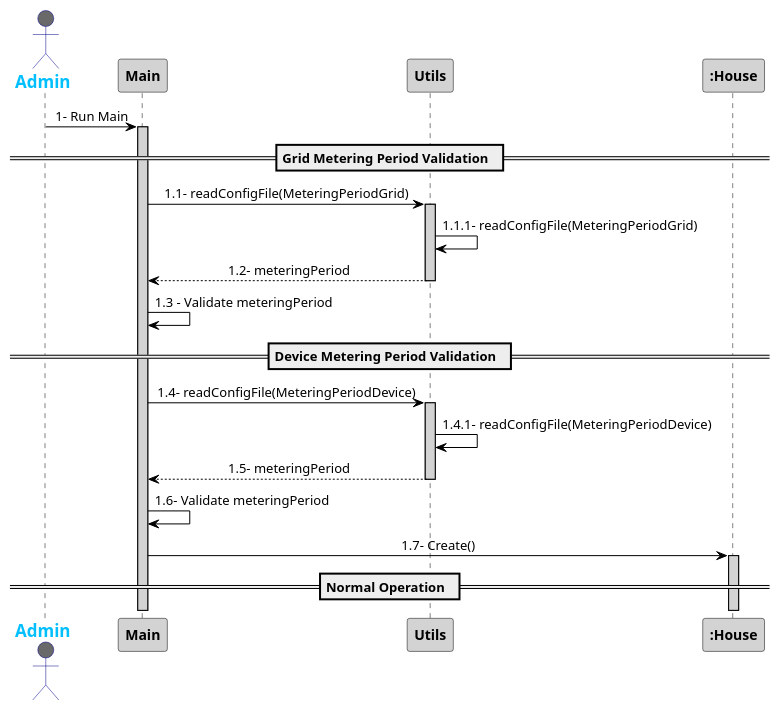
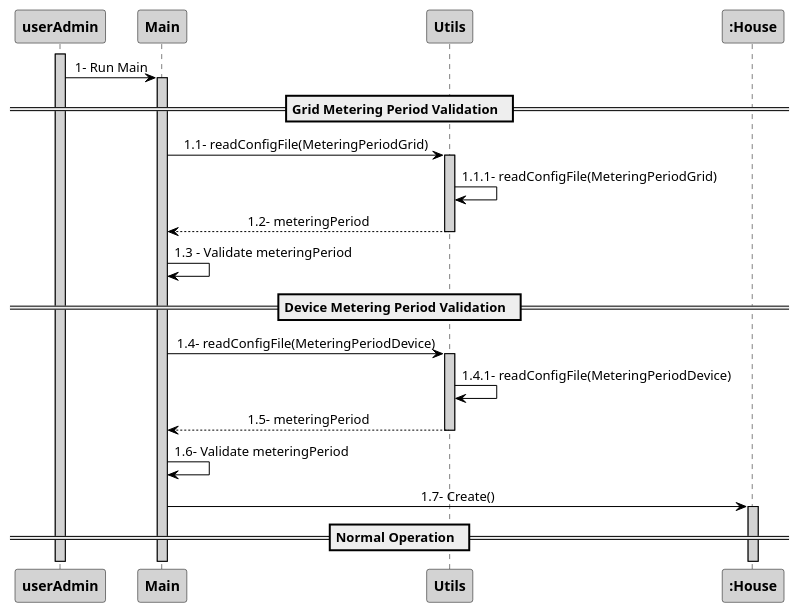
One commit to 1181687/hateoasToy changed the diagram in src/Docs/Sprint3/DefineMeteringPeriodGridsDevices.puml. Above: the diagram before and after it, drawn with PlantUML. The commit also changed 2 other files, not shown here.

Commit message:
Changes in sequence diagram

```diff
--- a/src/Docs/Sprint3/DefineMeteringPeriodGridsDevices.puml
+++ b/src/Docs/Sprint3/DefineMeteringPeriodGridsDevices.puml
@@ -1,44 +1,44 @@
 @startuml
 skinparam sequenceMessageAlign center
 skinparam sequence {
 	ArrowColor Black
 	ActorBorderColor DarkBlue
 	LifeLineBorderColor black
 	LifeLineBackgroundColor LightGrey
 
 	ParticipantBorderColor Black
 	ParticipantBackgroundColor LightGrey
 	ParticipantFontStyle Bold
 
 	ActorBackgroundColor DimGrey
 	ActorFontColor DeepSkyBlue
 	ActorFontStyle Bold
 	ActorFontSize 17
 	ActorFontName Aapex
 }
-
-actor Admin
-Admin -> Main : 1- Run Main
+activate userAdmin
+userAdmin -> Main : 1- Run Main
 activate Main
 == Grid Metering Period Validation  ==
 Main -> Utils : 1.1- readConfigFile(MeteringPeriodGrid)
 activate Utils
 Utils -> Utils : 1.1.1- readConfigFile(MeteringPeriodGrid)
 Utils --> Main : 1.2- meteringPeriod
 deactivate Utils
 Main -> Main : 1.3 - Validate meteringPeriod
+
 == Device Metering Period Validation  ==
 Main -> Utils : 1.4- readConfigFile(MeteringPeriodDevice)
 activate Utils
 Utils -> Utils : 1.4.1- readConfigFile(MeteringPeriodDevice)
 Utils --> Main : 1.5- meteringPeriod
 deactivate Utils
 Main -> Main : 1.6- Validate meteringPeriod
 
 Main -> ":House" : 1.7- Create()
 activate ":House"
 == Normal Operation  ==
 
 
 
 @enduml
```
